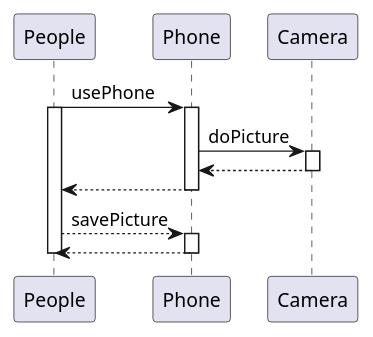
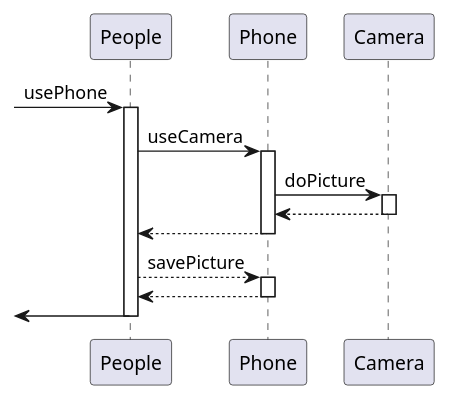
One commit to windowforsun/blog changed the diagram in plantuml/designpattern/concept-uml-6.plantuml. Above: the diagram before and after it, drawn with PlantUML. The commit also changed 1 other file, not shown here.

Commit message:
uml 수정

```diff
--- a/plantuml/designpattern/concept-uml-6.plantuml
+++ b/plantuml/designpattern/concept-uml-6.plantuml
@@ -1,20 +1,24 @@
 @startuml
-People -> Phone : usePhone
+[-> People : usePhone
 activate People
+
+People -> Phone : useCamera
 activate Phone
 
 Phone -> Camera : doPicture
 activate Camera
 Camera --> Phone
 deactivate Camera
 
 Phone --> People
 deactivate Phone
 
 People --> Phone : savePicture
 activate Phone
 
 Phone --> People
 deactivate Phone
+
+[<- People
 deactivate People
 @enduml
```
